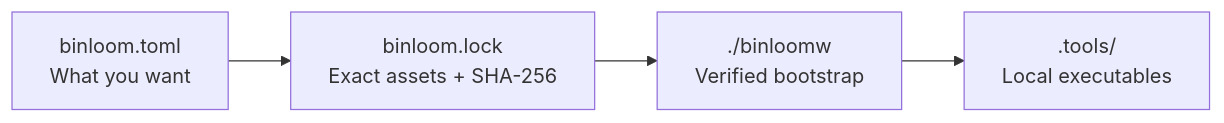
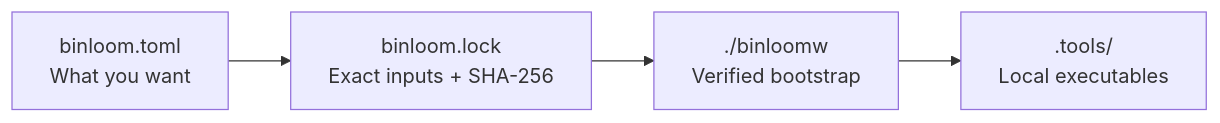
One commit to KyrboForge/binloom changed the diagram in README.md. Above: the diagram before and after it, drawn with Mermaid. The commit also changed other lines of this file and 19 other files, not shown here.

First line of the commit message:
fix: create binloom.lock during init (#10)

````diff
--- a/README.md
+++ b/README.md
@@ -72,9 +72,9 @@
 ```mermaid
 flowchart LR
     manifest["binloom.toml<br/>What you want"]
-    lock["binloom.lock<br/>Exact assets + SHA-256"]
+    lock["binloom.lock<br/>Exact inputs + SHA-256"]
     wrapper["./binloomw<br/>Verified bootstrap"]
     tools[".tools/<br/>Local executables"]
 
     manifest --> lock --> wrapper --> tools
 ```
````
